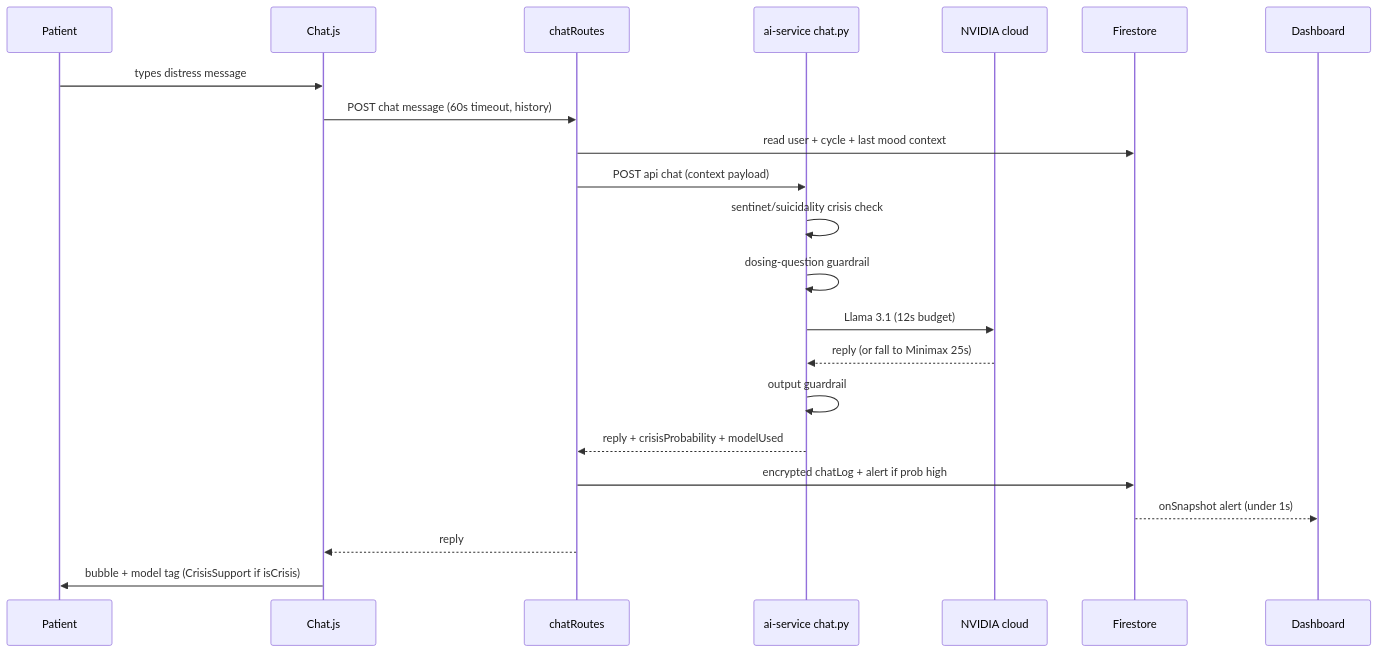
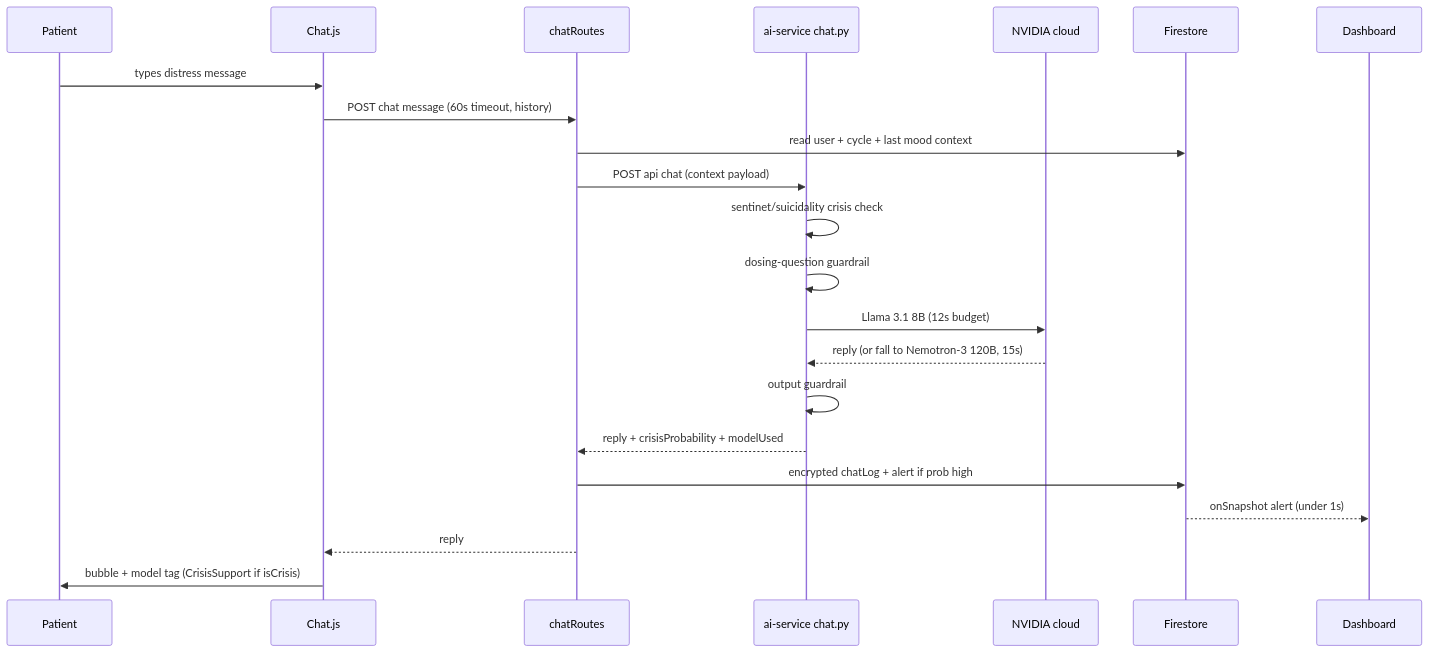
One commit to KARTHIKAKRISHNA123/niranthara-ai-powered-mental-health-continuity changed the fifth of 14 diagrams in README.md. Above: the diagram before and after it, drawn with Mermaid. The commit also changed other lines of this file and 16 other files, not shown here.

````diff
--- a/README.md
+++ b/README.md
@@ -433,24 +439,24 @@
 ```mermaid
 sequenceDiagram
   participant U as Patient
   participant M as Chat.js
   participant B as chatRoutes
   participant A as ai-service chat.py
   participant N as NVIDIA cloud
   participant F as Firestore
   participant D as Dashboard
   U->>M: types distress message
   M->>B: POST chat message (60s timeout, history)
   B->>F: read user + cycle + last mood context
   B->>A: POST api chat (context payload)
   A->>A: sentinet/suicidality crisis check
   A->>A: dosing-question guardrail
-  A->>N: Llama 3.1 (12s budget)
-  N-->>A: reply (or fall to Minimax 25s)
+  A->>N: Llama 3.1 8B (12s budget)
+  N-->>A: reply (or fall to Nemotron-3 120B, 15s)
   A->>A: output guardrail
   A-->>B: reply + crisisProbability + modelUsed
   B->>F: encrypted chatLog + alert if prob high
   F-->>D: onSnapshot alert (under 1s)
   B-->>M: reply
   M->>U: bubble + model tag (CrisisSupport if isCrisis)
 ```
````
